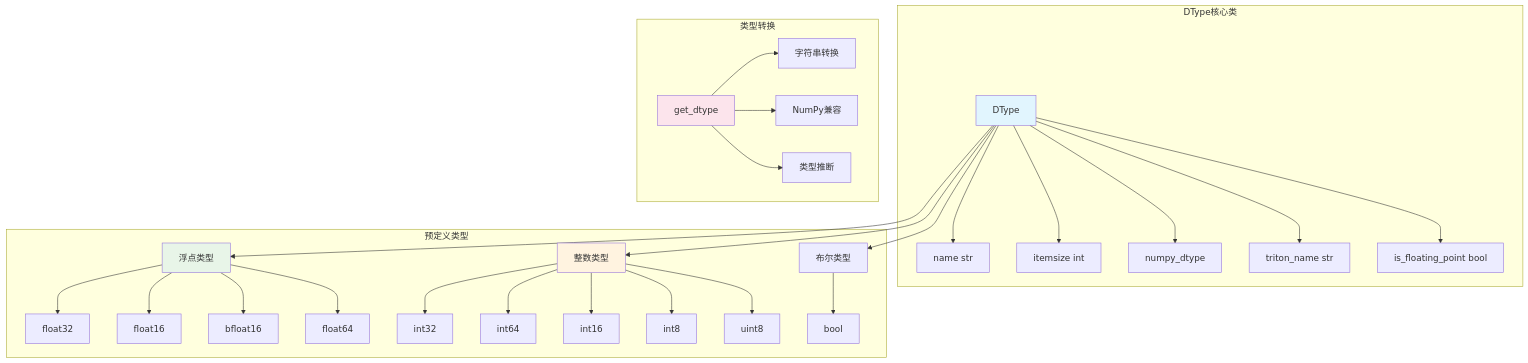
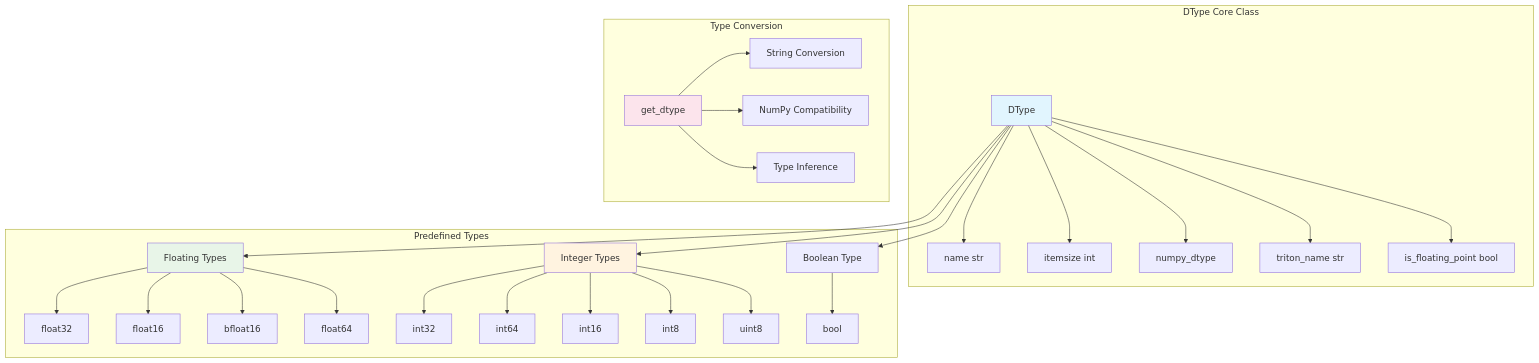
Before and after one commit to phonism/genesis: the diagram in docs/core-components/dtypes.md, drawn with Mermaid. The commit also changed other lines of this file and 74 other files, not shown here.

````diff
--- a/docs/core-components/dtypes.md
+++ b/docs/core-components/dtypes.md
@@ -14,40 +14,40 @@
 ```mermaid
 graph TB
-    subgraph "DType核心类"
+    subgraph "DType Core Class"
         A[DType] --> B[name str]
         A --> C[itemsize int]
         A --> D[numpy_dtype]
         A --> E[triton_name str]
         A --> F[is_floating_point bool]
     end
     
-    subgraph "预定义类型"
-        G[浮点类型] --> H[float32]
+    subgraph "Predefined Types"
+        G[Floating Types] --> H[float32]
         G --> I[float16] 
         G --> J[bfloat16]
         G --> K[float64]
         
-        L[整数类型] --> M[int32]
+        L[Integer Types] --> M[int32]
         L --> N[int64]
         L --> O[int16]
         L --> P[int8]
         L --> Q[uint8]
         
-        R[布尔类型] --> S[bool]
+        R[Boolean Type] --> S[bool]
     end
     
-    subgraph "类型转换"
-        T[get_dtype] --> U[字符串转换]
-        T --> V[NumPy兼容]
-        T --> W[类型推断]
+    subgraph "Type Conversion"
+        T[get_dtype] --> U[String Conversion]
+        T --> V[NumPy Compatibility]
+        T --> W[Type Inference]
     end
     
     A --> G
     A --> L  
     A --> R
     
     style A fill:#e1f5fe
     style G fill:#e8f5e8
     style L fill:#fff3e0
     style T fill:#fce4ec
 ```
````
